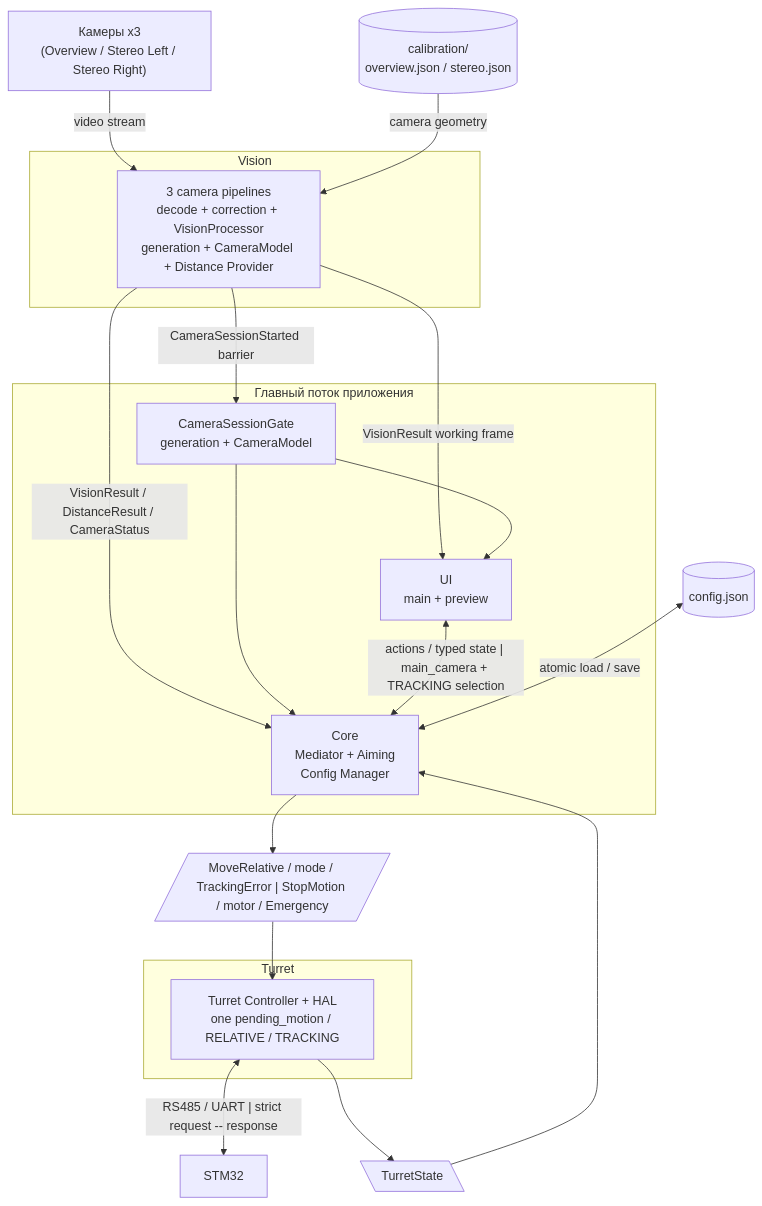
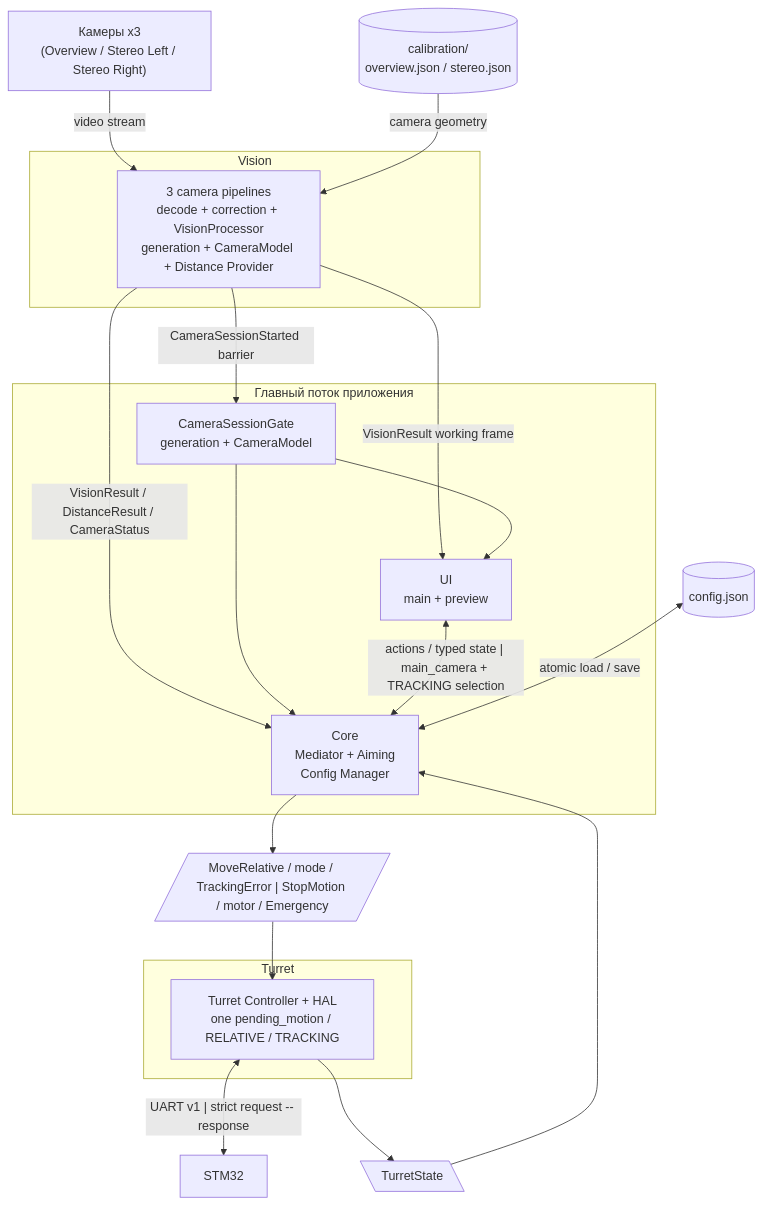
One commit to BelkaT4/navmin changed the diagram in docs/dev/diagrams/overview-diagram.mmd. Above: the diagram before and after it, drawn with Mermaid. The commit also changed 7 other files, not shown here.

Commit message:
docs(architecture): align docs with current implementation

```diff
--- a/docs/dev/diagrams/overview-diagram.mmd
+++ b/docs/dev/diagrams/overview-diagram.mmd
@@ -1,36 +1,36 @@
 flowchart TB
   cameras["Камеры x3<br>(Overview / Stereo Left / Stereo Right)"]
   stm32["STM32"]
   config_file[("config.json")]
   calibration[("calibration/<br>overview.json / stereo.json")]
   n1[/"MoveRelative / mode / TrackingError | StopMotion / motor / Emergency"/]
   n1_2[\"TurretState"\]
   subgraph vision ["Vision"]
     vision_module["3 camera pipelines<br>decode + correction + VisionProcessor<br>generation + CameraModel + Distance Provider"]
   end
   subgraph main_thread ["Главный поток приложения"]
     session_gate["CameraSessionGate<br>generation + CameraModel"]
     ui["UI<br>main + preview"]
     core["Core<br>Mediator + Aiming<br>Config Manager"]
   end
   subgraph turret ["Turret"]
     turret_module["Turret Controller + HAL<br>one pending_motion / RELATIVE / TRACKING"]
   end
 
   cameras -->|"video stream"| vision_module
   calibration -->|"camera geometry"| vision_module
   vision_module -->|"CameraSessionStarted barrier"| session_gate
   vision_module -->|"VisionResult / DistanceResult / CameraStatus"| core
   vision_module -->|"VisionResult working frame"| ui
   session_gate --> core
   session_gate --> ui
   ui <-->|"actions / typed state | main_camera + TRACKING selection"| core
-  turret_module <-->|"RS485 / UART | strict request -- response"| stm32
+  turret_module <-->|"UART v1 | strict request -- response"| stm32
   config_file <-->|"atomic load / save"| core
   turret_module --> n1_2
   n1_2 --> core
   core --> n1
   n1 --> turret_module
 %% graph:positions {"vision":{"x":-576,"y":358,"w":324,"h":230},"main_thread":{"x":56,"y":180,"w":414,"h":422},"turret":{"x":912,"y":418,"w":250,"h":170},"cameras":{"x":-495,"y":199,"w":172,"h":59},"stm32":{"x":945,"y":258,"w":172,"h":54},"config_file":{"x":240,"y":732},"calibration":{"x":-495,"y":706,"w":172,"h":90},"n1":{"x":588,"y":418,"w":208,"h":78},"n1_2":{"x":588,"y":510,"w":208,"h":78},"vision_module":{"x":75,"y":66,"w":184,"h":98},"session_gate":{"x":184,"y":60},"ui":{"x":52,"y":178},"core":{"x":184,"y":312},"turret_module":{"x":33,"y":58,"w":172,"h":59}}
 %% graph:waypoints {"vision_module>session_gate":[[-119,453]]}
 %% graph:edges {"cameras>vision_module":{"label":[1,-23]},"vision_module>session_gate":{"label":[58,-101]},"vision_module>core":{"label":[-41,38]},"vision_module>ui":{"label":[79,-77]},"session_gate>core":{"label":[-35,5]},"session_gate>ui":{"label":[35,5]},"ui>core":{"label":[133,-86]},"turret_module>stm32":{"label":[1,-24]},"config_file>core":{"label":[0,16]}}
```
